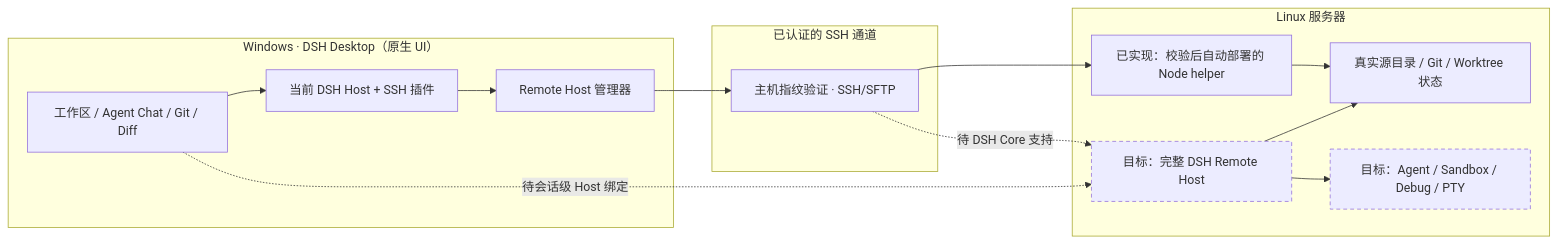
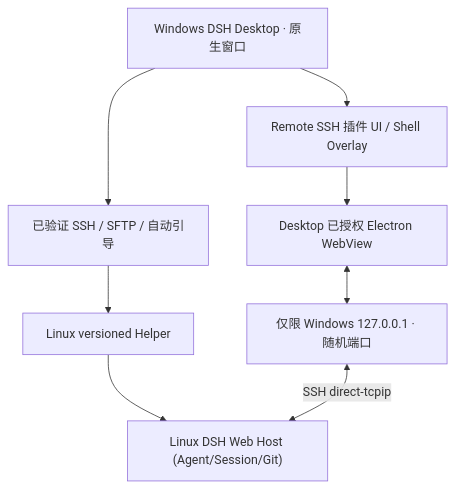
Before and after one commit to WeipengMO/dsh-plugin-remote-ssh: the diagram in README.md, drawn with Mermaid. The commit also changed other lines of this file and 3 other files, not shown here.

Commit message:
feat: finish Desktop embedded remote DSH styling, private bootstrap permissions and setup docs

````diff
--- a/README.md
+++ b/README.md
@@ -9,28 +16,10 @@
 ```mermaid
-flowchart LR
-  subgraph Win["Windows · DSH Desktop（原生 UI）"]
-    UI["工作区 / Agent Chat / Git / Diff"]
-    Local["当前 DSH Host + SSH 插件"]
-    Runtime["Remote Host 管理器"]
-    UI --> Local
-    Local --> Runtime
-  end
-  subgraph SSH["已认证的 SSH 通道"]
-    Link["主机指纹验证 · SSH/SFTP"]
-  end
-  subgraph Linux["Linux 服务器"]
-    Helper["已实现：校验后自动部署的 Node helper"]
-    Git["真实源目录 / Git / Worktree 状态"]
-    Host["目标：完整 DSH Remote Host"]
-    Agent["目标：Agent / Sandbox / Debug / PTY"]
-    Helper --> Git
-    Host --> Agent
-    Host --> Git
-  end
-  Runtime --> Link
-  Link --> Helper
-  Link -. "待 DSH Core 支持" .-> Host
-  UI -. "待会话级 Host 绑定" .-> Host
-  classDef pending stroke-dasharray:5 4
-  class Host,Agent pending
+flowchart TD
+    A["Windows DSH Desktop · 原生窗口"] --> B["Remote SSH 插件 UI / Shell Overlay"]
+    B --> C["Desktop 已授权 Electron WebView"]
+    A --> D["已验证 SSH / SFTP / 自动引导"]
+    D --> E["Linux versioned Helper"]
+    E --> F["Linux DSH Web Host (Agent/Session/Git)"]
+    C <--> G["仅限 Windows 127.0.0.1 · 随机端口"]
+    G <-->|"SSH direct-tcpip"| F
 ```
````
